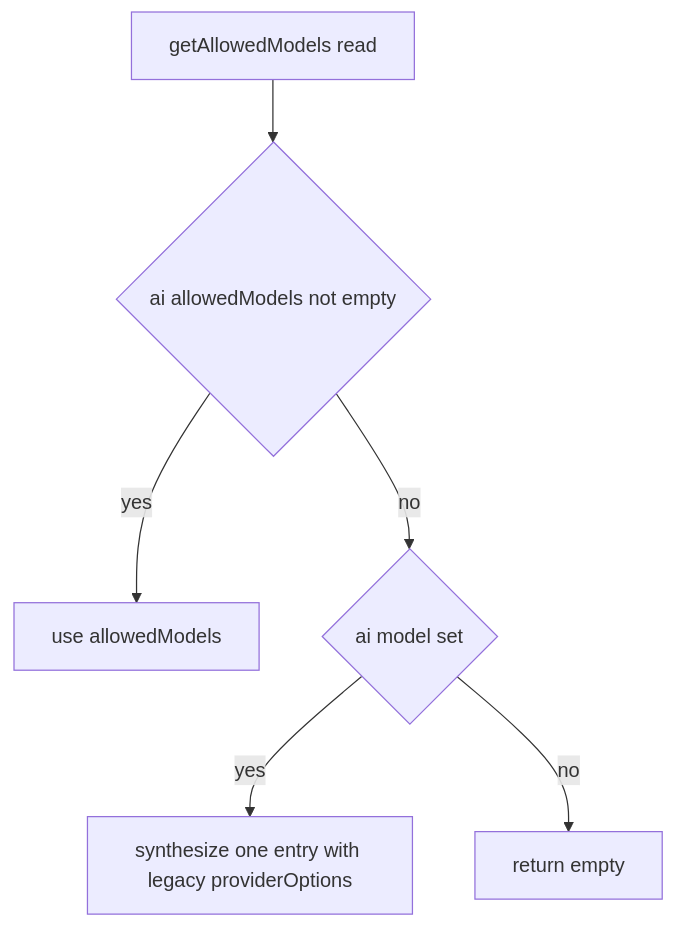
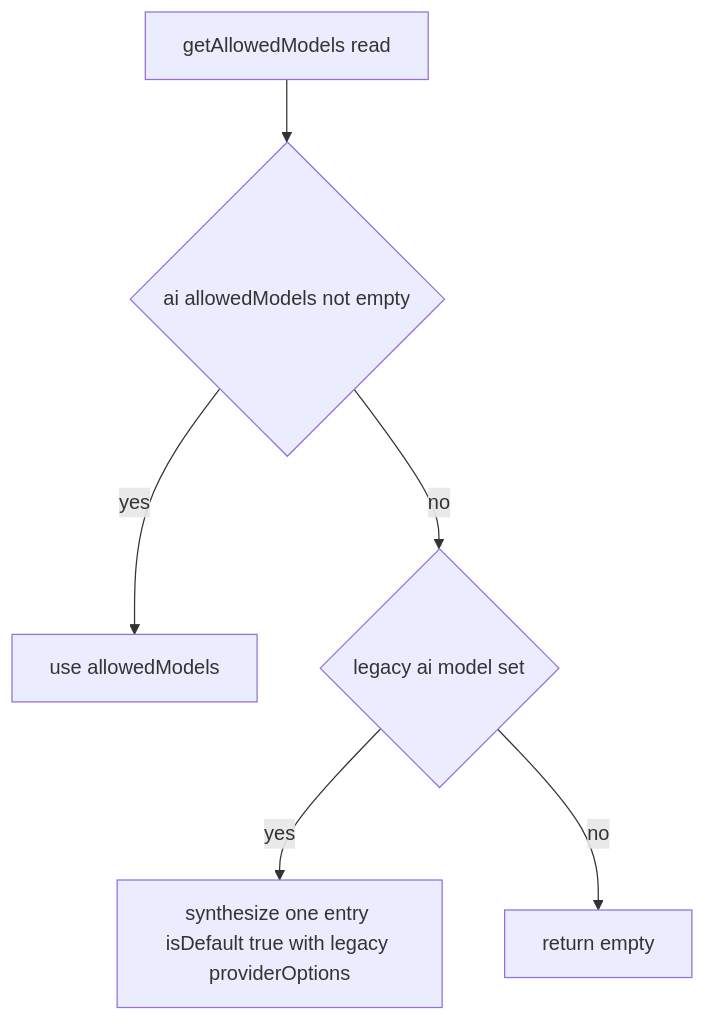
The fourth of 4 diagrams in .kiro/specs/mastra-multi-model-chat/design.md (growilabs/growi), drawn with Mermaid before and after one commit. The commit also changed other lines of this file and 2 other files, not shown here.

First line of the commit message:
Update research documentation and spec for mastra-multi-model-chat

````diff
--- a/.kiro/specs/mastra-multi-model-chat/design.md
+++ b/.kiro/specs/mastra-multi-model-chat/design.md
@@ -425,8 +430,8 @@
 ```mermaid
 graph TB
   Read[getAllowedModels read] --> Has{ai allowedModels not empty}
   Has -- yes --> Use[use allowedModels]
-  Has -- no --> Model{ai model set}
-  Model -- yes --> Synth[synthesize one entry with legacy providerOptions]
+  Has -- no --> Model{legacy ai model set}
+  Model -- yes --> Synth[synthesize one entry isDefault true with legacy providerOptions]
   Model -- no --> Empty[return empty]
 ```
````
